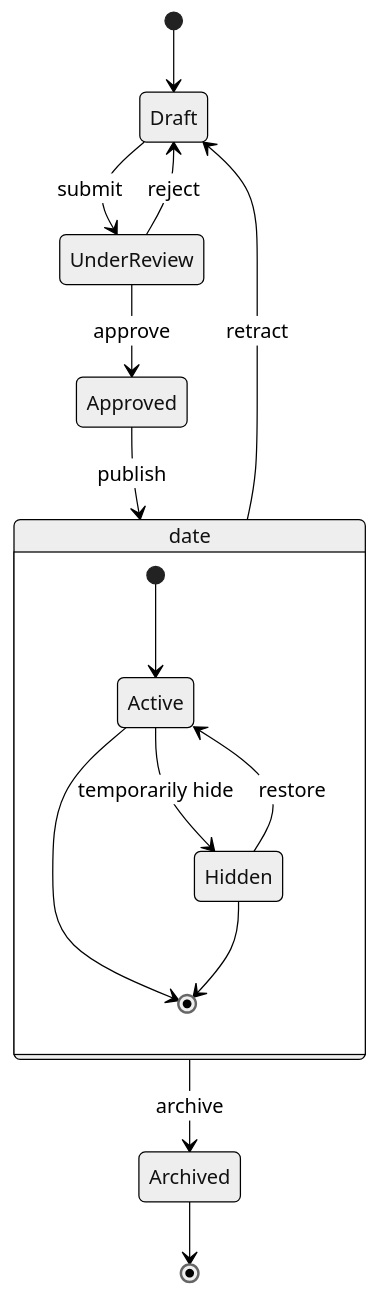
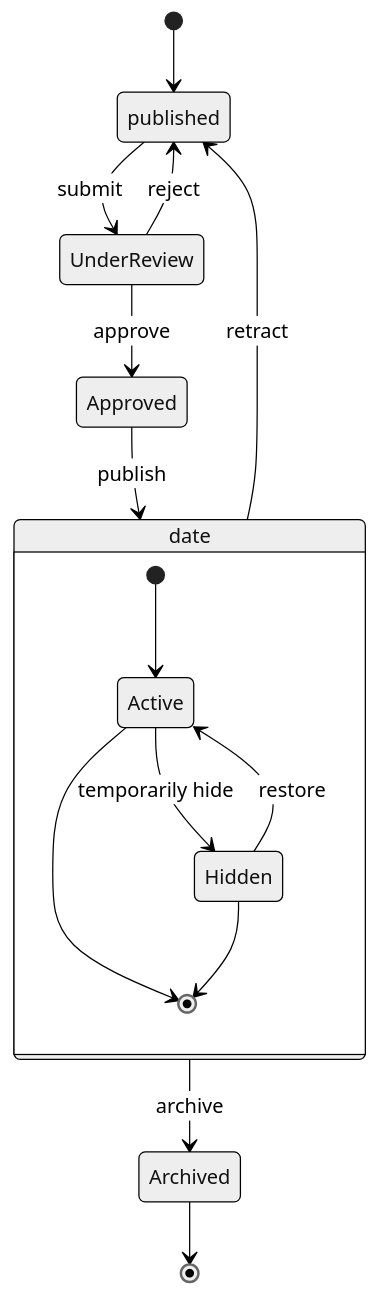
Before and after one commit to Liqiuting-byte/hexo.github.io: the fifth of 6 diagrams in source/_posts/markdown-mermaid.md, drawn with Mermaid (neutral theme). The commit also changed other lines of this file and 43 other files, not shown here.

````diff
--- a/source/_posts/markdown-mermaid.md
+++ b/source/_posts/markdown-mermaid.md
@@ -154,21 +154,21 @@
 ```mermaid
 stateDiagram-v2
-    [*] --> Draft
+    [*] --> published
     
-    Draft --> UnderReview : submit
-    UnderReview --> Draft : reject
+    published --> UnderReview : submit
+    UnderReview --> published : reject
     UnderReview --> Approved : approve
     Approved --> date : publish
     date --> Archived : archive
-    date --> Draft : retract
+    date --> published : retract
     
     state date {
         [*] --> Active
         Active --> Hidden : temporarily hide
         Hidden --> Active : restore
         Active --> [*]
         Hidden --> [*]
     }
     
     Archived --> [*]
 ```
````
